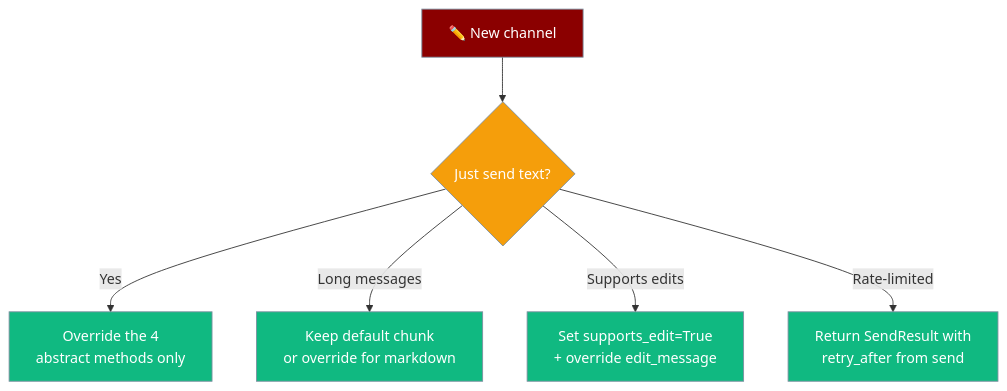
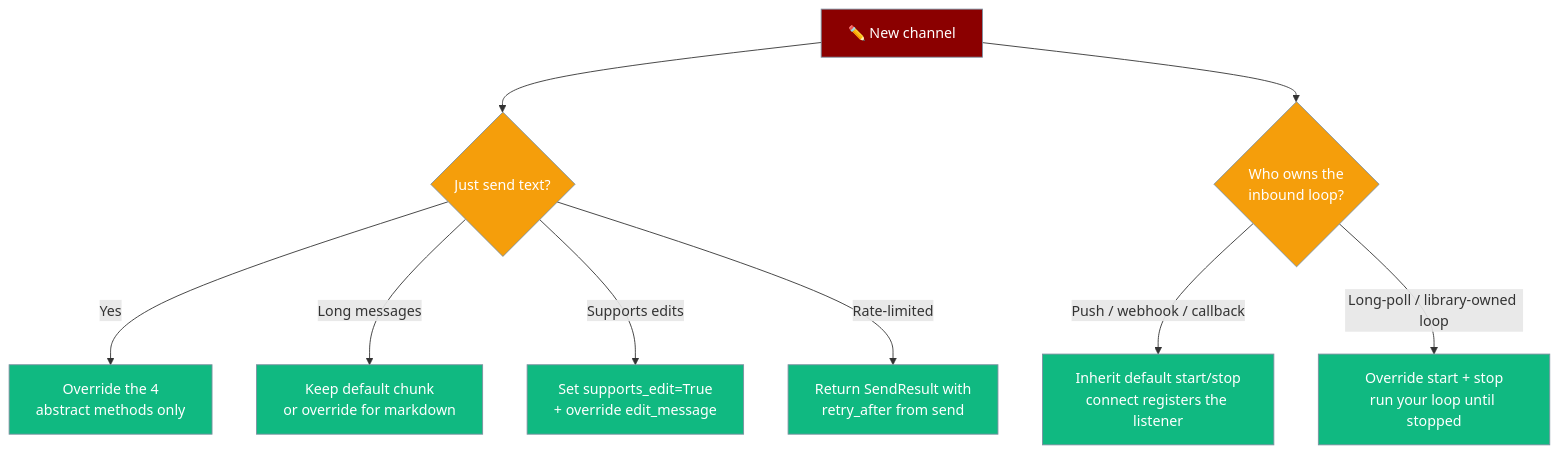
Before and after one commit to MervinPraison/PraisonAIDocs: the fifth of 7 diagrams in docs/features/bot-platform-adapter.mdx, drawn with Mermaid. The commit also changed other lines of this file and 2 other files, not shown here.

````diff
--- a/docs/features/bot-platform-adapter.mdx
+++ b/docs/features/bot-platform-adapter.mdx
@@ -150,16 +246,19 @@
 ```mermaid
 graph TB
     Start[✏️ New channel] --> Q1{Just send text?}
     Q1 -->|Yes| Four[Override the 4<br/>abstract methods only]
     Q1 -->|Long messages| Chunk[Keep default chunk<br/>or override for markdown]
     Q1 -->|Supports edits| Edit[Set supports_edit=True<br/>+ override edit_message]
     Q1 -->|Rate-limited| Retry[Return SendResult with<br/>retry_after from send]
+    Start --> Q2{Who owns the<br/>inbound loop?}
+    Q2 -->|Push / webhook / callback| Inherit[Inherit default start/stop<br/>connect registers the listener]
+    Q2 -->|Long-poll / library-owned loop| Own[Override start + stop<br/>run your loop until stopped]
 
     classDef start fill:#8B0000,stroke:#7C90A0,color:#fff
     classDef decision fill:#F59E0B,stroke:#7C90A0,color:#fff
     classDef action fill:#10B981,stroke:#7C90A0,color:#fff
 
     class Start start
-    class Q1 decision
-    class Four,Chunk,Edit,Retry action
+    class Q1,Q2 decision
+    class Four,Chunk,Edit,Retry,Inherit,Own action
 ```
````
